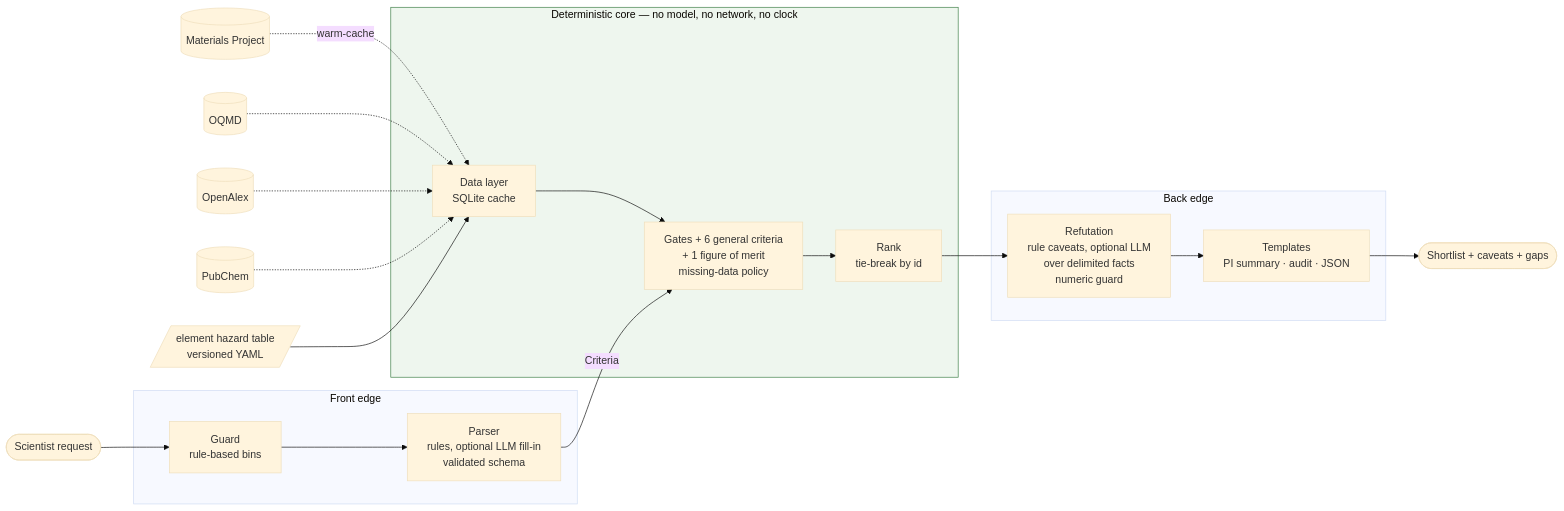
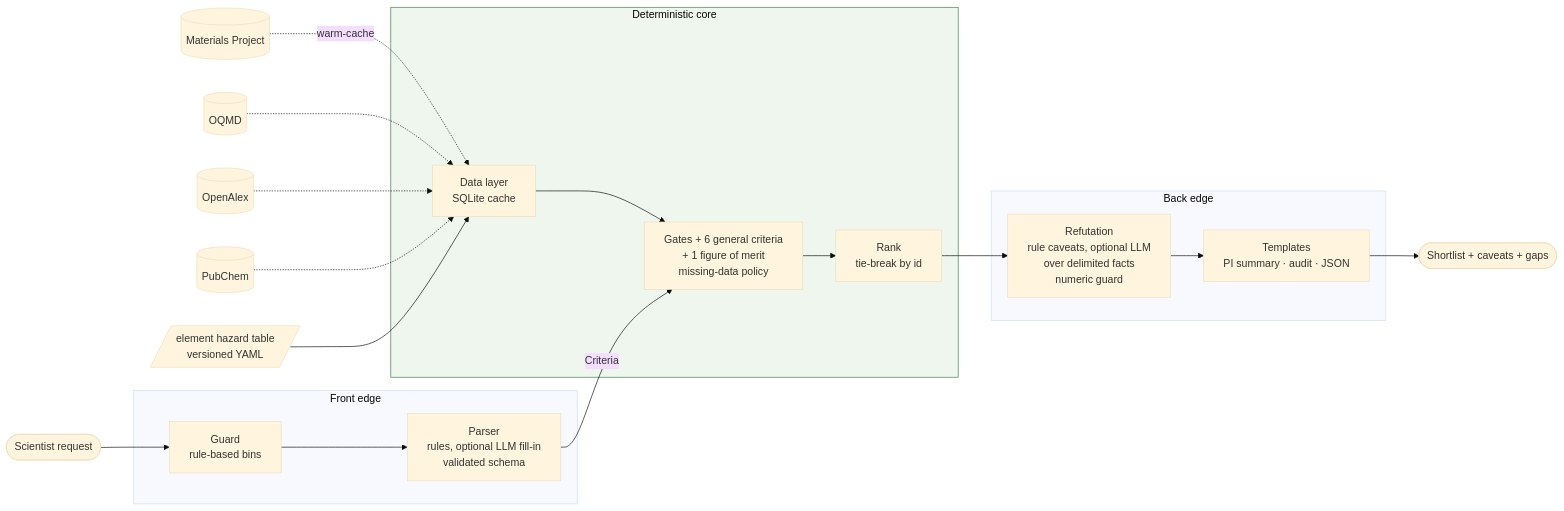
The diagram in docs/design-note.md (a-bissell/Oxbow), drawn with Mermaid (base theme) before and after one commit. The commit also changed other lines of this file, not shown here.

````diff
--- a/docs/design-note.md
+++ b/docs/design-note.md
@@ -13,22 +20,22 @@
 ```mermaid
 flowchart LR
     subgraph EDGE_IN["Front edge"]
         G[Guard<br/>rule-based bins] --> P[Parser<br/>rules, optional LLM fill-in<br/>validated schema]
     end
-    subgraph CORE["Deterministic core — no model, no network, no clock"]
+    subgraph CORE["Deterministic core "]
         D[Data layer<br/>SQLite cache] --> S[Gates + 6 general criteria<br/>+ 1 figure of merit<br/>missing-data policy] --> R[Rank<br/>tie-break by id]
     end
     subgraph EDGE_OUT["Back edge"]
         F[Refutation<br/>rule caveats, optional LLM<br/>over delimited facts<br/>numeric guard] --> T[Templates<br/>PI summary · audit · JSON]
     end
     REQ([Scientist request]) --> G
     P -->|Criteria| S
     R --> F
     T --> OUT([Shortlist + caveats + gaps])
     MP[(Materials Project)] -.warm-cache.-> D
     OQ[(OQMD)] -.-> D
     OA[(OpenAlex)] -.-> D
     PC[(PubChem)] -.-> D
     HZ[/element hazard table<br/>versioned YAML/] --> D
     style CORE fill:#eef6ee,stroke:#3a7d44
 ```
````
